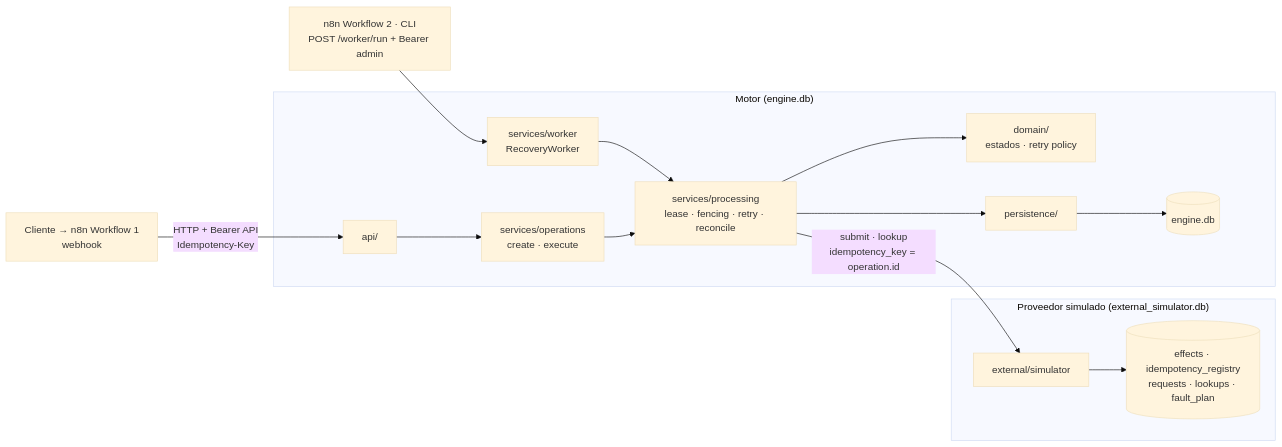
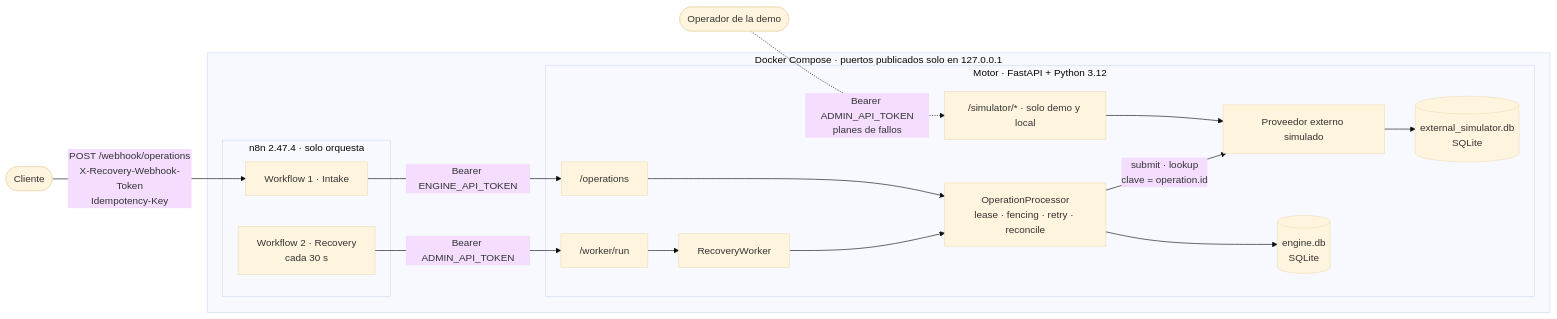
Before and after one commit to cucuarce/ai-workflow-recovery-engine: the first of 3 diagrams in README.md, drawn with Mermaid (base theme). The commit also changed other lines of this file and 4 other files, not shown here.

````diff
--- a/README.md
+++ b/README.md
@@ -38,19 +64,23 @@
 ```mermaid
 flowchart LR
-    C[Cliente → n8n Workflow 1<br/>webhook] -->|HTTP + Bearer API<br/>Idempotency-Key| API
-    T[n8n Workflow 2 · CLI<br/>POST /worker/run + Bearer admin] --> W
+    CL([Cliente]) -->|"POST /webhook/operations<br/>X-Recovery-Webhook-Token<br/>Idempotency-Key"| W1
+    OP([Operador de la demo]) -.->|"Bearer ADMIN_API_TOKEN<br/>planes de fallos"| SIMR
 
-    subgraph Motor["Motor (engine.db)"]
-        API[api/] --> SVC[services/operations<br/>create · execute]
-        W[services/worker<br/>RecoveryWorker] --> P
-        SVC --> P[services/processing<br/>lease · fencing · retry · reconcile]
-        P --> DOM[domain/<br/>estados · retry policy]
-        P --> REPO[persistence/] --> EDB[(engine.db)]
+    subgraph Compose["Docker Compose · puertos publicados solo en 127.0.0.1"]
+        subgraph N8N["n8n 2.47.4 · solo orquesta"]
+            W1["Workflow 1 · Intake"]
+            W2["Workflow 2 · Recovery<br/>cada 30 s"]
+        end
+        subgraph Engine["Motor · FastAPI + Python 3.12"]
+            API["/operations"] --> PROC
+            ADM["/worker/run"] --> WK["RecoveryWorker"] --> PROC
+            SIMR["/simulator/* · solo demo y local"] --> SIM
+            PROC["OperationProcessor<br/>lease · fencing · retry · reconcile"] --> EDB[("engine.db<br/>SQLite")]
+            PROC -->|"submit · lookup<br/>clave = operation.id"| SIM["Proveedor externo simulado"]
+            SIM --> XDB[("external_simulator.db<br/>SQLite")]
+        end
     end
 
-    P -->|submit · lookup<br/>idempotency_key = operation.id| SIM
-
-    subgraph Externo["Proveedor simulado (external_simulator.db)"]
-        SIM[external/simulator] --> XDB[(effects · idempotency_registry<br/>requests · lookups · fault_plan)]
-    end
+    W1 -->|"Bearer ENGINE_API_TOKEN"| API
+    W2 -->|"Bearer ADMIN_API_TOKEN"| ADM
 ```
````
